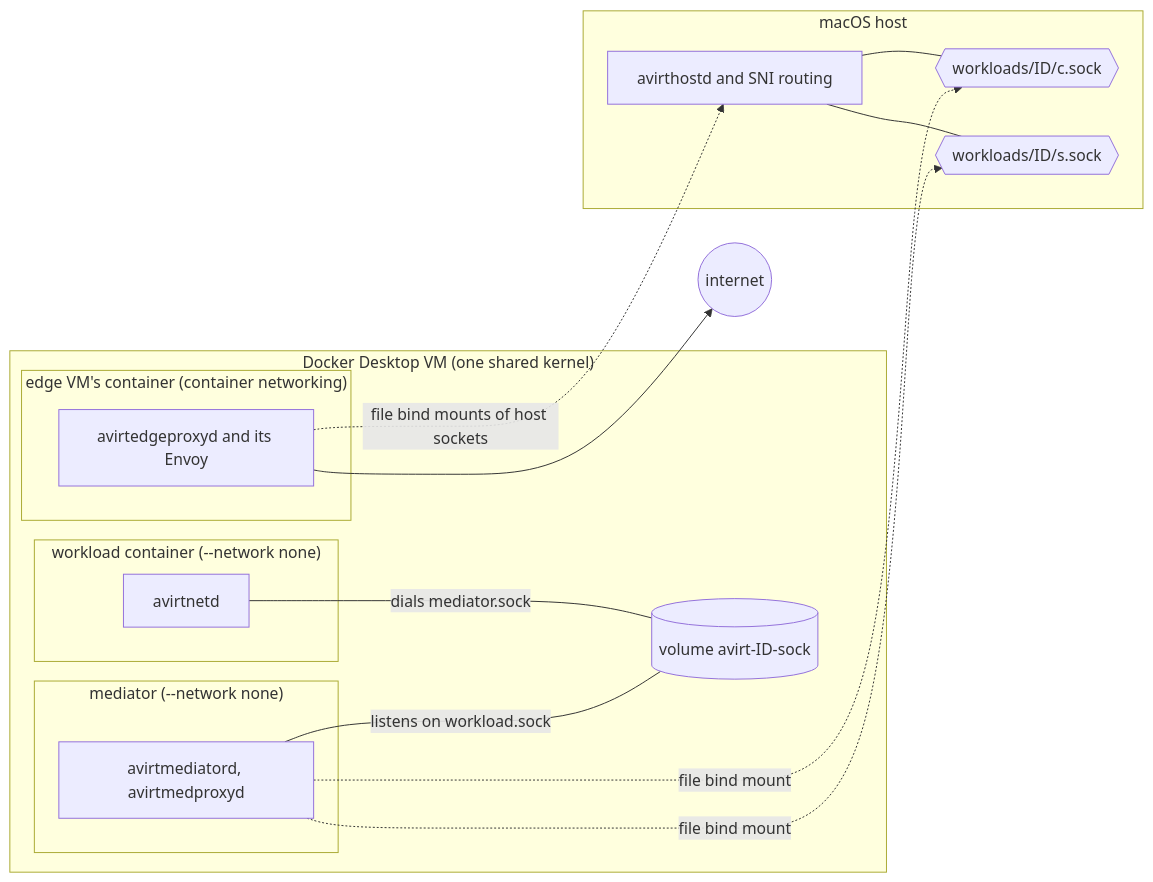
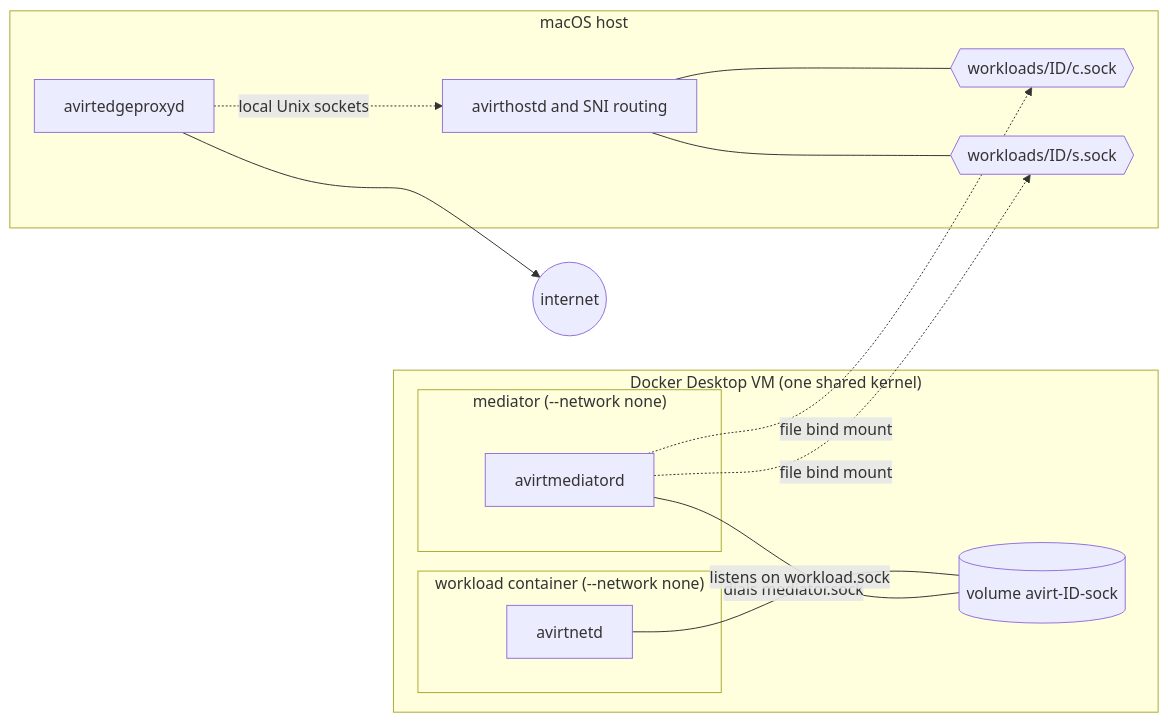
One commit to tbhb-dev/avirt changed the second of 2 diagrams in docs/compute-runtimes.md. Above: the diagram before and after it, drawn with Mermaid. The commit also changed other lines of this file and 116 other files, not shown here.

````diff
--- a/docs/compute-runtimes.md
+++ b/docs/compute-runtimes.md
@@ -177,28 +167,26 @@
 ```mermaid
 flowchart LR
     subgraph mac["macOS host"]
         hostd["avirthostd and SNI routing"]
         csock{{"workloads/ID/c.sock"}}
         ssock{{"workloads/ID/s.sock"}}
+        fd["avirtedgeproxyd"]
         hostd --- csock
         hostd --- ssock
     end
     subgraph vm["Docker Desktop VM (one shared kernel)"]
-        subgraph edge["edge VM's container (container networking)"]
-            fd["avirtedgeproxyd and its Envoy"]
-        end
         subgraph wl["workload container (--network none)"]
             net["avirtnetd"]
         end
         vol[("volume avirt-ID-sock")]
         subgraph med["mediator (--network none)"]
-            s["avirtmediatord, avirtmedproxyd"]
+            s["avirtmediatord"]
         end
         net ---|"dials mediator.sock"| vol
         s ---|"listens on workload.sock"| vol
     end
     s -.->|"file bind mount"| csock
     s -.->|"file bind mount"| ssock
-    fd -.->|"file bind mounts of host sockets"| hostd
+    fd -.->|"local Unix sockets"| hostd
     fd --> inet(("internet"))
 ```
````
